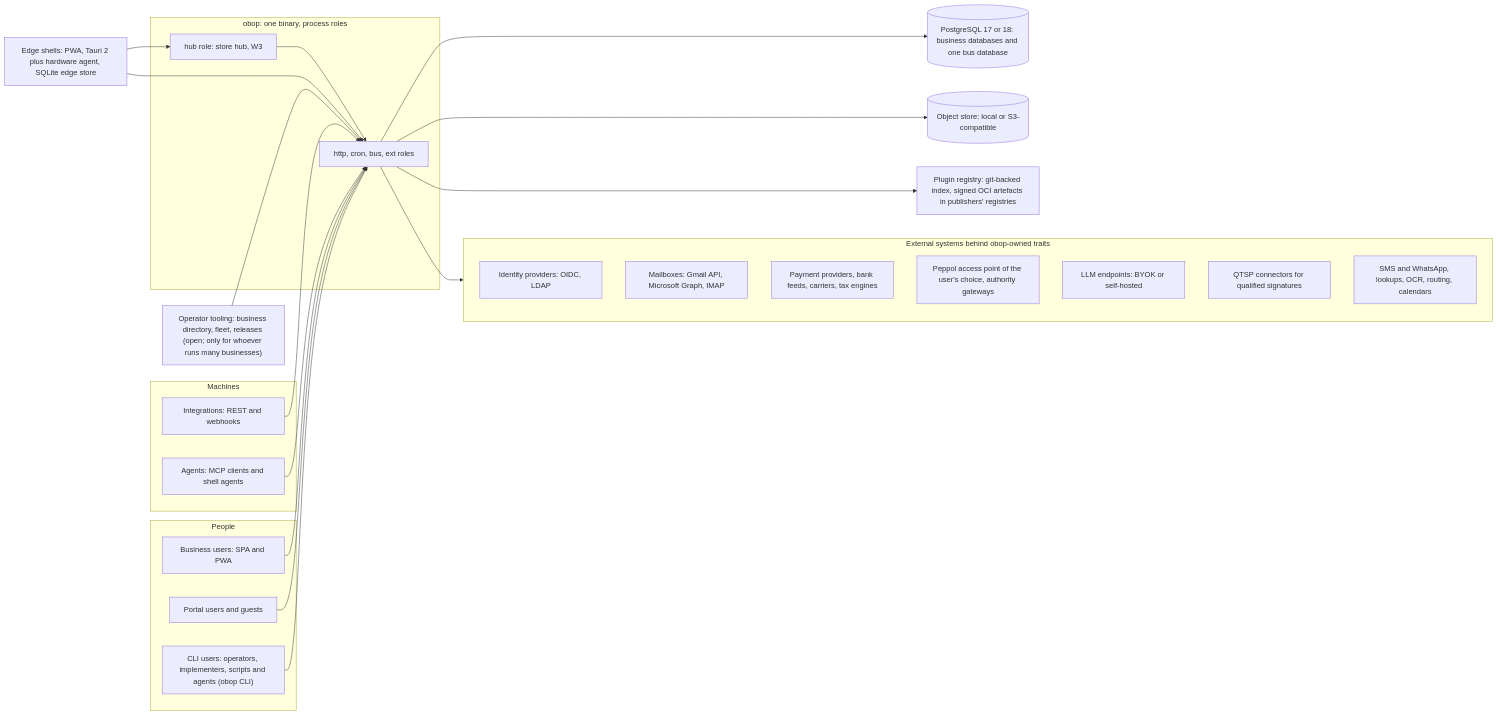
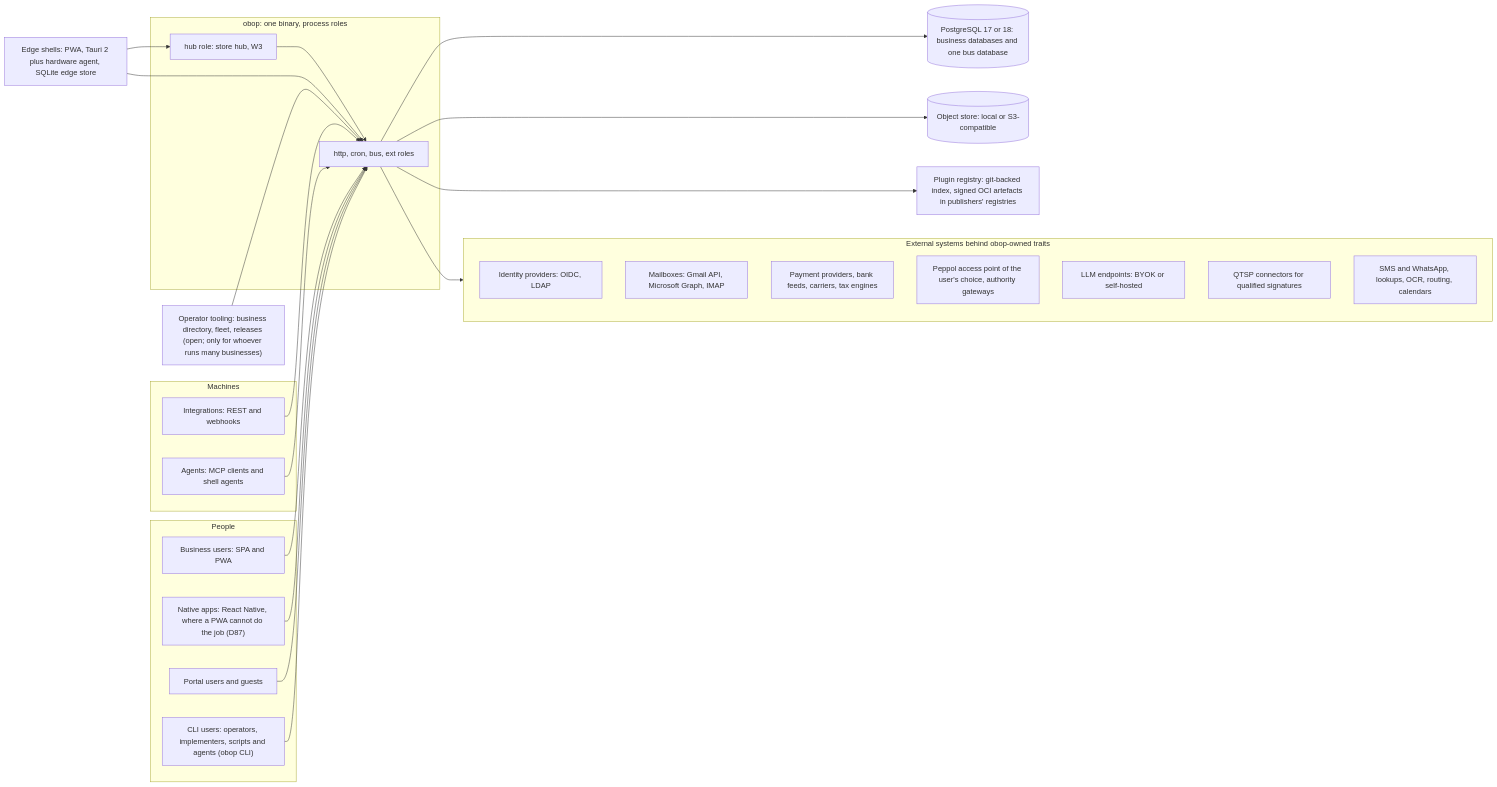
Before and after one commit to SpaceCorps/obop: the first of 5 diagrams in docs/ARCHITECTURE.md, drawn with Mermaid. The commit also changed other lines of this file and 12 other files, not shown here.

First line of the commit message:
Amend the documents that ruled out native apps

````diff
--- a/docs/ARCHITECTURE.md
+++ b/docs/ARCHITECTURE.md
@@ -104,43 +104,45 @@
 ```mermaid
 flowchart LR
   subgraph people["People"]
     U["Business users: SPA and PWA"]
+    NA["Native apps: React Native, where a PWA cannot do the job (D87)"]
     PO["Portal users and guests"]
     OP["CLI users: operators, implementers, scripts and agents (obop CLI)"]
   end
   subgraph machines["Machines"]
     INT["Integrations: REST and webhooks"]
     AG["Agents: MCP clients and shell agents"]
   end
   subgraph obop["obop: one binary, process roles"]
     CORE["http, cron, bus, ext roles"]
     HUB["hub role: store hub, W3"]
   end
   PG[("PostgreSQL 17 or 18: business databases and one bus database")]
   OBJ[("Object store: local or S3-compatible")]
   EDGE["Edge shells: PWA, Tauri 2 plus hardware agent, SQLite edge store"]
   subgraph extsys["External systems behind obop-owned traits"]
     IDP["Identity providers: OIDC, LDAP"]
     MAIL["Mailboxes: Gmail API, Microsoft Graph, IMAP"]
     PAY["Payment providers, bank feeds, carriers, tax engines"]
     EINV["Peppol access point of the user's choice, authority gateways"]
     LLM["LLM endpoints: BYOK or self-hosted"]
     QTSP["QTSP connectors for qualified signatures"]
     SVC["SMS and WhatsApp, lookups, OCR, routing, calendars"]
   end
   CP["Operator tooling: business directory, fleet, releases (open; only for whoever runs many businesses)"]
   PKG["Plugin registry: git-backed index, signed OCI artefacts in publishers' registries"]
   U --> CORE
+  NA --> CORE
   PO --> CORE
   INT --> CORE
   AG --> CORE
   OP --> CORE
   CORE --> PG
   CORE --> OBJ
   EDGE --> HUB
   EDGE --> CORE
   HUB --> CORE
   CORE --> extsys
   CP --> CORE
   CORE --> PKG
 ```
````
